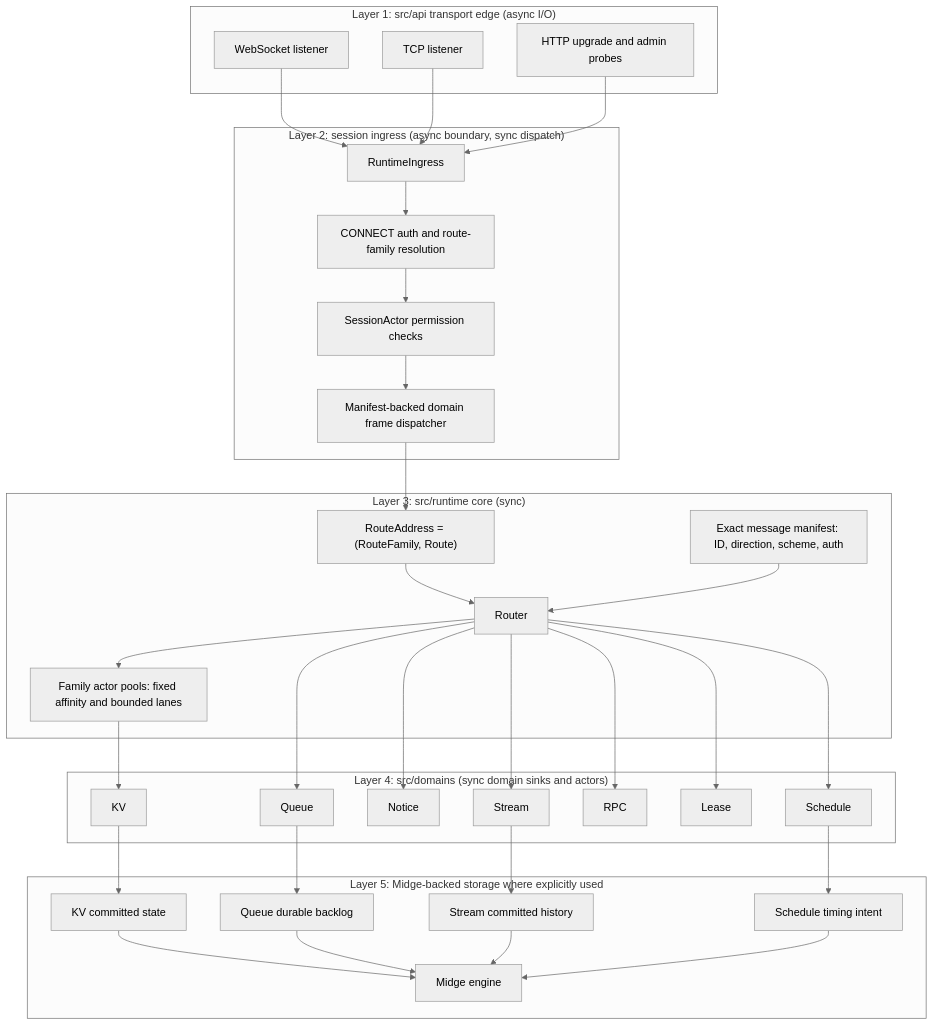
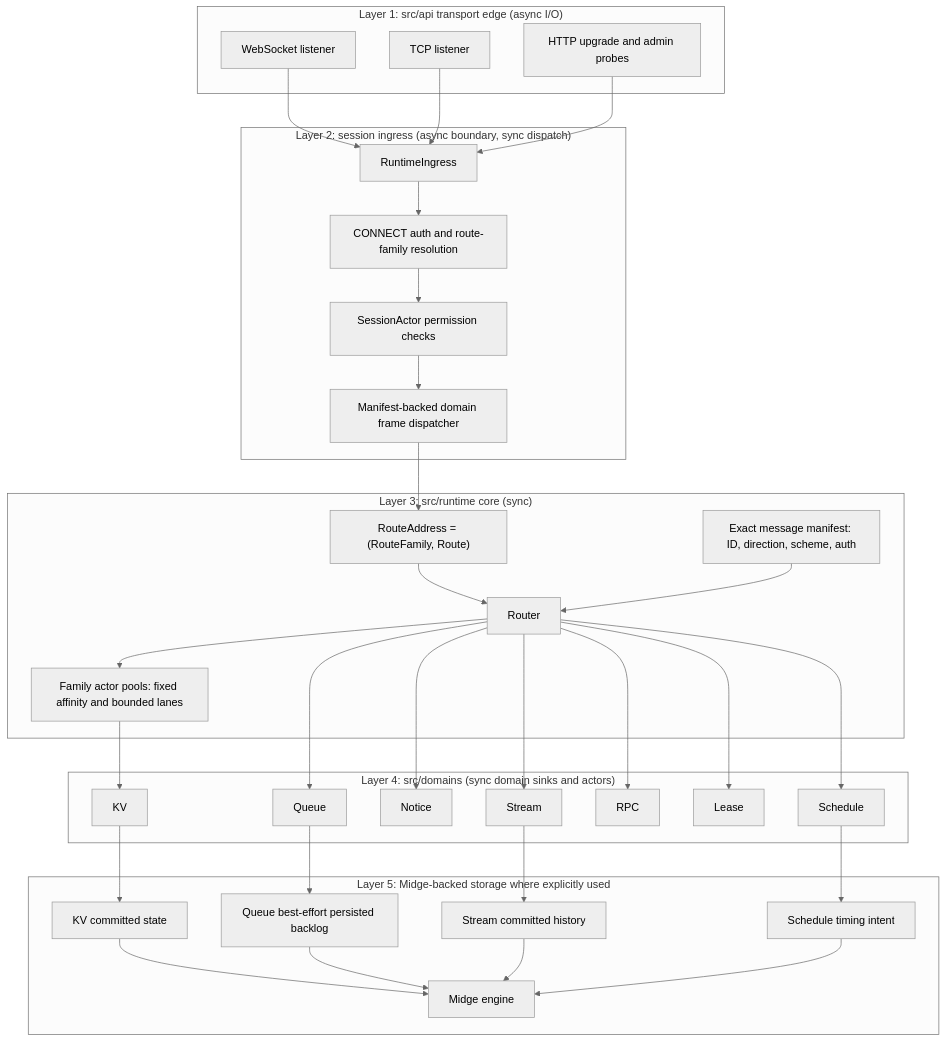
One commit to cntryl/fitz changed the first of 6 diagrams in docs/development/architecture-diagrams.md. Above: the diagram before and after it, drawn with Mermaid (neutral theme). The commit also changed other lines of this file and 26 other files, not shown here.

Commit message:
Clarify best-effort Queue contracts and exercise historical WAL retirement

````diff
--- a/docs/development/architecture-diagrams.md
+++ b/docs/development/architecture-diagrams.md
@@ -16,59 +16,59 @@
 ```mermaid
 flowchart TB
     subgraph L1["Layer 1: src/api transport edge (async I/O)"]
         WS["WebSocket listener"]
         TCP["TCP listener"]
         HTTP["HTTP upgrade and admin probes"]
     end
 
     subgraph L2["Layer 2: session ingress (async boundary, sync dispatch)"]
         ING["RuntimeIngress"]
         AUTH["CONNECT auth and route-family resolution"]
         PERM["SessionActor permission checks"]
         DISPATCH["Manifest-backed domain frame dispatcher"]
     end
 
     subgraph L3["Layer 3: src/runtime core (sync)"]
         ROUTER["Router"]
         ADDR["RouteAddress = (RouteFamily, Route)"]
         MANIFEST["Exact message manifest: ID, direction, scheme, auth"]
         ACTORS["Family actor pools: fixed affinity and bounded lanes"]
     end
 
     subgraph L4["Layer 4: src/domains (sync domain sinks and actors)"]
         KV["KV"]
         QUEUE["Queue"]
         NOTICE["Notice"]
         STREAM["Stream"]
         RPC["RPC"]
         LEASE["Lease"]
         SCHEDULE["Schedule"]
     end
 
     subgraph L5["Layer 5: Midge-backed storage where explicitly used"]
         MIDGE["Midge engine"]
         KVSTORE["KV committed state"]
-        QSTORE["Queue durable backlog"]
+        QSTORE["Queue best-effort persisted backlog"]
         SSTORE["Stream committed history"]
         TSTORE["Schedule timing intent"]
     end
 
     WS --> ING
     TCP --> ING
     HTTP --> ING
     ING --> AUTH --> PERM --> DISPATCH
     DISPATCH --> ADDR --> ROUTER
     MANIFEST --> ROUTER
     ROUTER --> ACTORS
     ACTORS --> KV
     ROUTER --> QUEUE
     ROUTER --> NOTICE
     ROUTER --> STREAM
     ROUTER --> RPC
     ROUTER --> LEASE
     ROUTER --> SCHEDULE
     KV --> KVSTORE --> MIDGE
     QUEUE --> QSTORE --> MIDGE
     STREAM --> SSTORE --> MIDGE
     SCHEDULE --> TSTORE --> MIDGE
 ```
````
